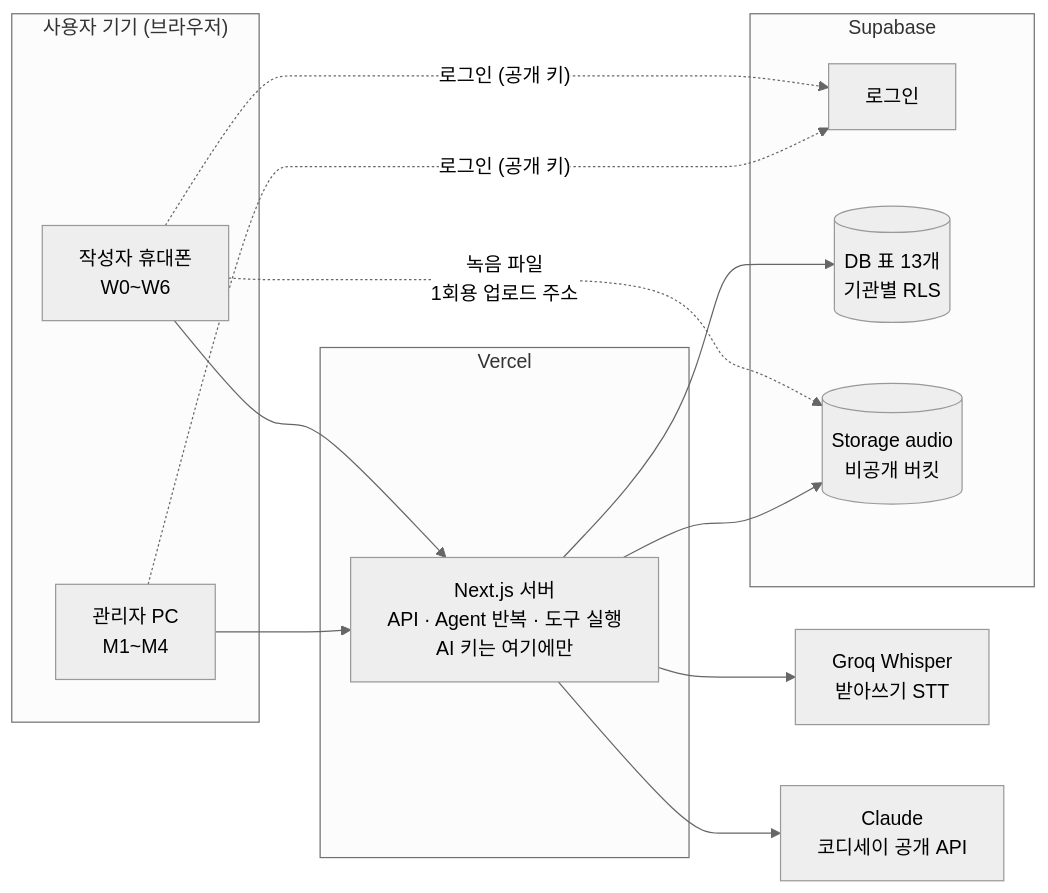
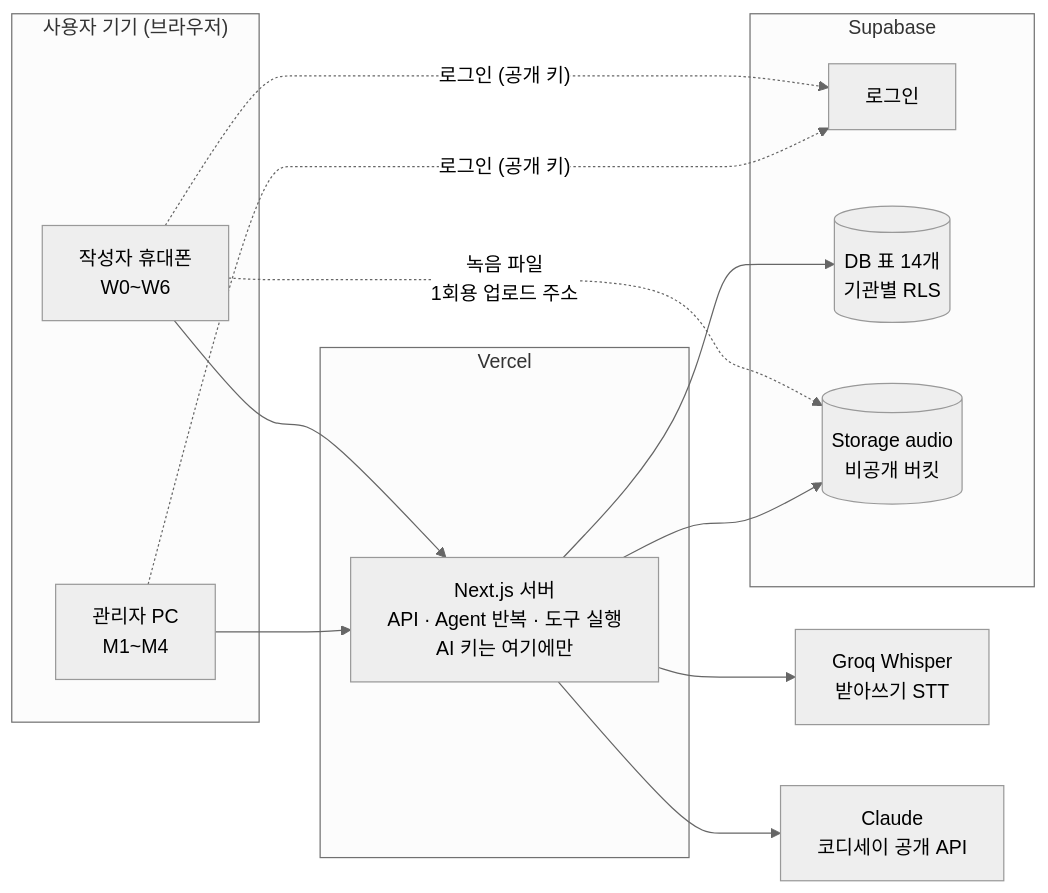
Before and after one commit to 2dion/CareBridge: the first of 2 diagrams in 문서/설계/기술선택-v1.1.md, drawn with Mermaid (neutral theme). The commit also changed 14 other files, not shown here.

````diff
--- a/문서/설계/기술선택-v1.1.md
+++ b/문서/설계/기술선택-v1.1.md
@@ -70,26 +70,26 @@
 ```mermaid
 flowchart LR
   subgraph device["사용자 기기 (브라우저)"]
     W["작성자 휴대폰<br/>W0~W6"]
     R["관리자 PC<br/>M1~M4"]
   end
   subgraph vercel["Vercel"]
     S["Next.js 서버<br/>API · Agent 반복 · 도구 실행<br/>AI 키는 여기에만"]
   end
   subgraph supa["Supabase"]
     AU["로그인"]
-    DB[("DB 표 13개<br/>기관별 RLS")]
+    DB[("DB 표 14개<br/>기관별 RLS")]
     ST[("Storage audio<br/>비공개 버킷")]
   end
   G["Groq Whisper<br/>받아쓰기 STT"]
   C["Claude<br/>코디세이 공개 API"]
   W --> S
   R --> S
   W -. "로그인 (공개 키)" .-> AU
   R -. "로그인 (공개 키)" .-> AU
   W -. "녹음 파일<br/>1회용 업로드 주소" .-> ST
   S --> DB
   S --> ST
   S --> G
   S --> C
 ```
````
